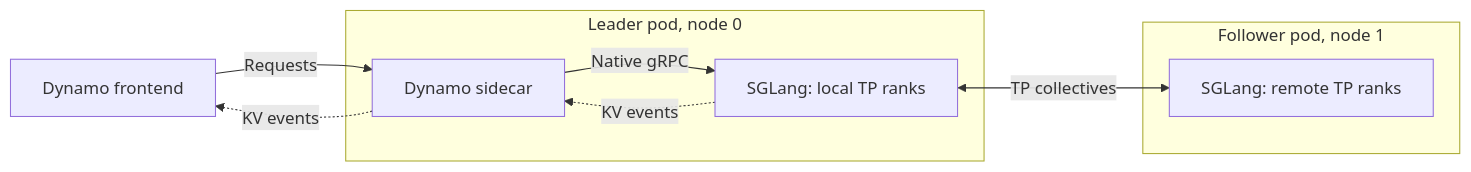
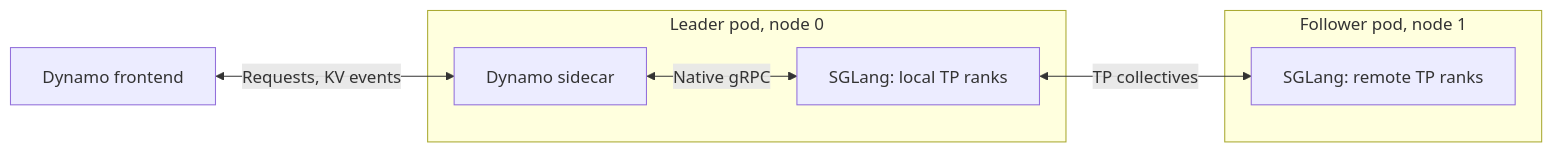
Before and after one commit to ai-dynamo/dynamo: the second of 3 diagrams in docs/fern/pages/developer-guide/knowledge-base/modular-components/backends/sglang/sidecar.md, drawn with Mermaid. The commit also changed other lines of this file and 6 other files, not shown here.

Commit message:
docs(sidecar): simplify topology diagrams for Fern rendering

````diff
--- a/docs/fern/pages/developer-guide/knowledge-base/modular-components/backends/sglang/sidecar.md
+++ b/docs/fern/pages/developer-guide/knowledge-base/modular-components/backends/sglang/sidecar.md
@@ -78,14 +76,11 @@
 ```mermaid
 flowchart LR
-  F[Dynamo frontend]
+  F[Dynamo frontend] <-->|Requests, KV events| S
   subgraph L[Leader pod, node 0]
-    S[Dynamo sidecar] -->|Native gRPC| E0[SGLang: local TP ranks]
-    E0 -.->|KV events| S
+    S[Dynamo sidecar] <-->|Native gRPC| E0[SGLang: local TP ranks]
   end
   subgraph W[Follower pod, node 1]
     E1[SGLang: remote TP ranks]
   end
-  F -->|Requests| S
-  S -.->|KV events| F
   E0 <-->|TP collectives| E1
 ```
````
